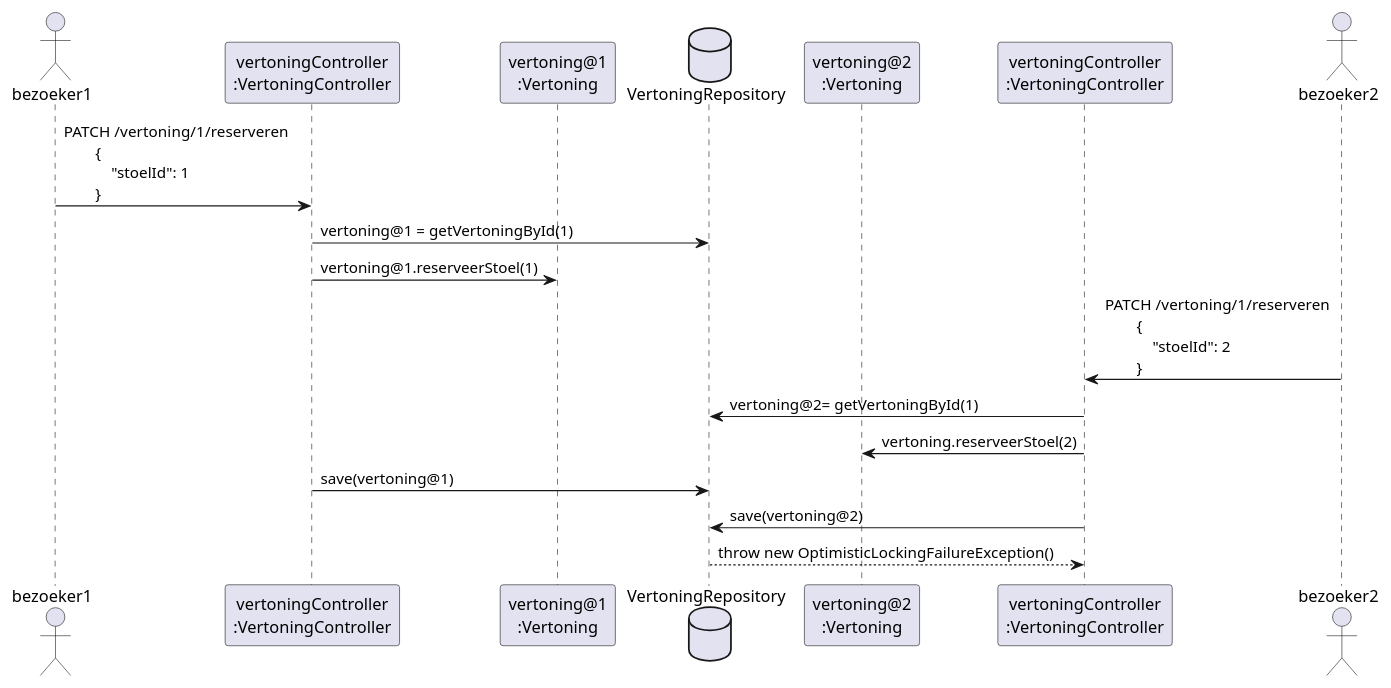
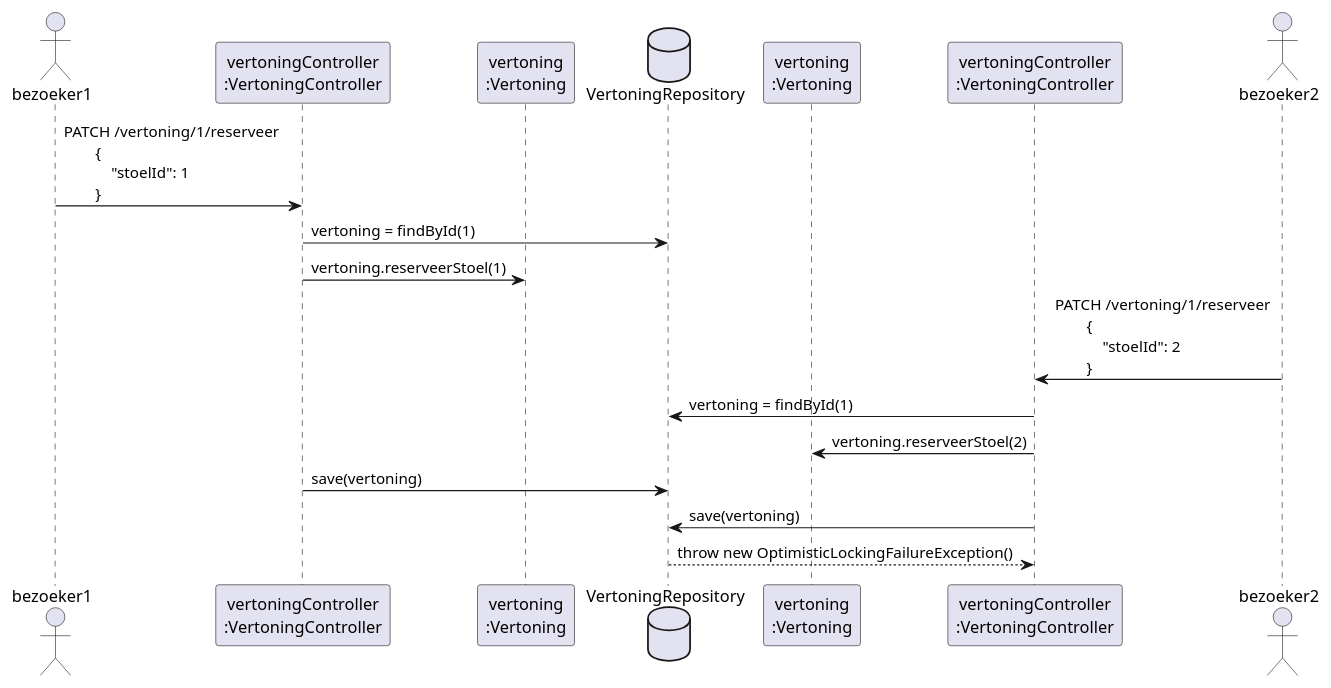
One commit to AIM-ENE/doex-opdracht-3 changed the diagram in oefeningen/les-3/lesprogramma/onderdeel2a/sequentie1.puml. Above: the diagram before and after it, drawn with PlantUML.

Commit message:
Verduidelijk door @1 en @2 weg te halen waardoor het duidelijker is dat het om dezelfde rij gaat in de database

```diff
--- a/oefeningen/les-3/lesprogramma/onderdeel2a/sequentie1.puml
+++ b/oefeningen/les-3/lesprogramma/onderdeel2a/sequentie1.puml
@@ -1,37 +1,36 @@
 @startuml
 
 actor bezoeker1
 
 participant "vertoningController\n:VertoningController" as vc1
-participant "vertoning@1\n:Vertoning" as v1
+participant "vertoning\n:Vertoning" as v1
 database VertoningRepository
-participant "vertoning@2\n:Vertoning" as v2
+participant "vertoning\n:Vertoning" as v2
 participant "vertoningController\n:VertoningController" as vc2
 
 actor bezoeker2
 
-bezoeker1 -> vc1: PATCH /vertoning/1/reserveren \n\
+bezoeker1 -> vc1: PATCH /vertoning/1/reserveer \n\
         { \n\
             "stoelId": 1 \n\
         }
 
-vc1 -> VertoningRepository: vertoning@1 = getVertoningById(1)
-vc1 -> v1: vertoning@1.reserveerStoel(1)
+vc1 -> VertoningRepository: vertoning = findById(1)
+vc1 -> v1: vertoning.reserveerStoel(1)
 
-bezoeker2 -> vc2: PATCH /vertoning/1/reserveren \n\
+bezoeker2 -> vc2: PATCH /vertoning/1/reserveer \n\
         { \n\
             "stoelId": 2 \n\
         }
 
-vc2 -> VertoningRepository: vertoning@2= getVertoningById(1)
+vc2 -> VertoningRepository: vertoning = findById(1)
 vc2 -> v2: vertoning.reserveerStoel(2)
 
-vc1 -> VertoningRepository: save(vertoning@1)
+vc1 -> VertoningRepository: save(vertoning)
 
-vc2 -> VertoningRepository: save(vertoning@2)
+vc2 -> VertoningRepository: save(vertoning)
 
-'note over VertoningRepository, vc2
 
 VertoningRepository --> vc2: throw new OptimisticLockingFailureException()
 
 @enduml
```
